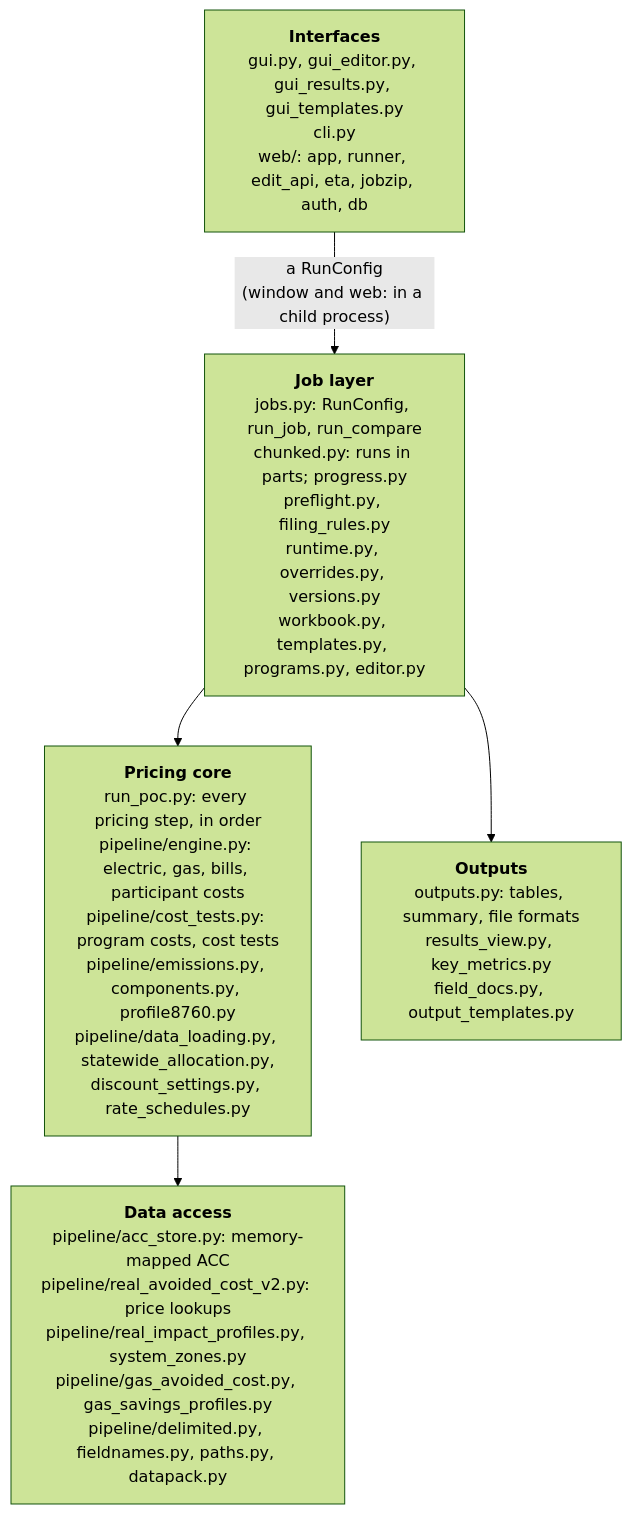
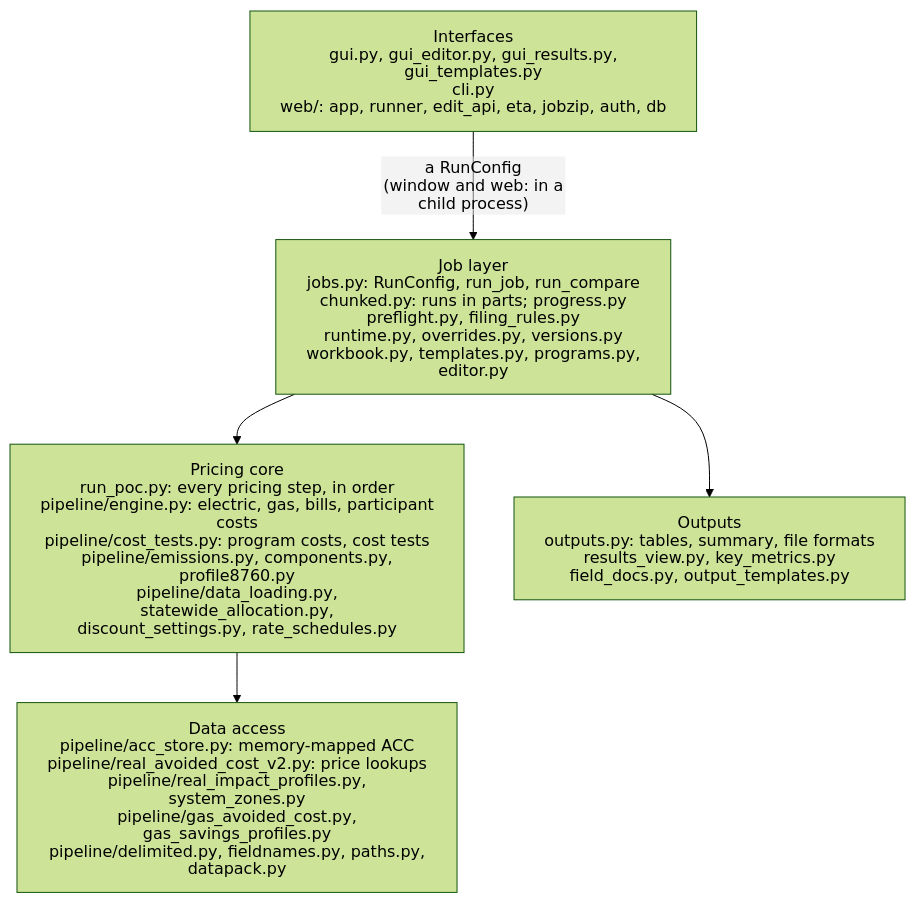
Before and after one commit to JRichardson-PGE/ReCET: the second of 7 diagrams in recet/docs/ARCHITECTURE.md, drawn with Mermaid (forest theme). The commit also changed other lines of this file and 8 other files, not shown here.

First line of the commit message:
Default part size 50,000; diagrams drawn with SVG text so labels are never cut off

````diff
--- a/recet/docs/ARCHITECTURE.md
+++ b/recet/docs/ARCHITECTURE.md
@@ -86,12 +93,19 @@
 ```mermaid
+---
+config:
+  htmlLabels: false
+  flowchart:
+    htmlLabels: false
+    wrappingWidth: 400
+---
 flowchart TB
-    IF["<b>Interfaces</b><br/>gui.py, gui_editor.py, gui_results.py, gui_templates.py<br/>cli.py<br/>web/: app, runner, edit_api, eta, jobzip, auth, db"]
-    JOB["<b>Job layer</b><br/>jobs.py: RunConfig, run_job, run_compare<br/>chunked.py: runs in parts; progress.py<br/>preflight.py, filing_rules.py<br/>runtime.py, overrides.py, versions.py<br/>workbook.py, templates.py, programs.py, editor.py"]
-    CORE["<b>Pricing core</b><br/>run_poc.py: every pricing step, in order<br/>pipeline/engine.py: electric, gas, bills, participant costs<br/>pipeline/cost_tests.py: program costs, cost tests<br/>pipeline/emissions.py, components.py, profile8760.py<br/>pipeline/data_loading.py, statewide_allocation.py,<br/>discount_settings.py, rate_schedules.py"]
-    DATA["<b>Data access</b><br/>pipeline/acc_store.py: memory-mapped ACC<br/>pipeline/real_avoided_cost_v2.py: price lookups<br/>pipeline/real_impact_profiles.py, system_zones.py<br/>pipeline/gas_avoided_cost.py, gas_savings_profiles.py<br/>pipeline/delimited.py, fieldnames.py, paths.py, datapack.py"]
-    OUT["<b>Outputs</b><br/>outputs.py: tables, summary, file formats<br/>results_view.py, key_metrics.py<br/>field_docs.py, output_templates.py"]
+    IF["Interfaces<br/>gui.py, gui_editor.py, gui_results.py, gui_templates.py<br/>cli.py<br/>web/: app, runner, edit_api, eta, jobzip, auth, db"]
+    JOB["Job layer<br/>jobs.py: RunConfig, run_job, run_compare<br/>chunked.py: runs in parts; progress.py<br/>preflight.py, filing_rules.py<br/>runtime.py, overrides.py, versions.py<br/>workbook.py, templates.py, programs.py, editor.py"]
+    CORE["Pricing core<br/>run_poc.py: every pricing step, in order<br/>pipeline/engine.py: electric, gas, bills, participant costs<br/>pipeline/cost_tests.py: program costs, cost tests<br/>pipeline/emissions.py, components.py, profile8760.py<br/>pipeline/data_loading.py, statewide_allocation.py,<br/>discount_settings.py, rate_schedules.py"]
+    DATA["Data access<br/>pipeline/acc_store.py: memory-mapped ACC<br/>pipeline/real_avoided_cost_v2.py: price lookups<br/>pipeline/real_impact_profiles.py, system_zones.py<br/>pipeline/gas_avoided_cost.py, gas_savings_profiles.py<br/>pipeline/delimited.py, fieldnames.py, paths.py, datapack.py"]
+    OUT["Outputs<br/>outputs.py: tables, summary, file formats<br/>results_view.py, key_metrics.py<br/>field_docs.py, output_templates.py"]
     IF -->|"a RunConfig<br/>(window and web: in a child process)"| JOB
     JOB --> CORE
     CORE --> DATA
     JOB --> OUT
 ```
````
